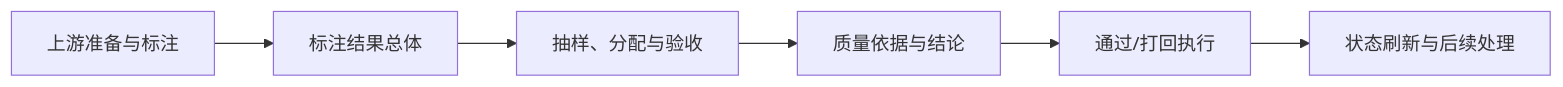
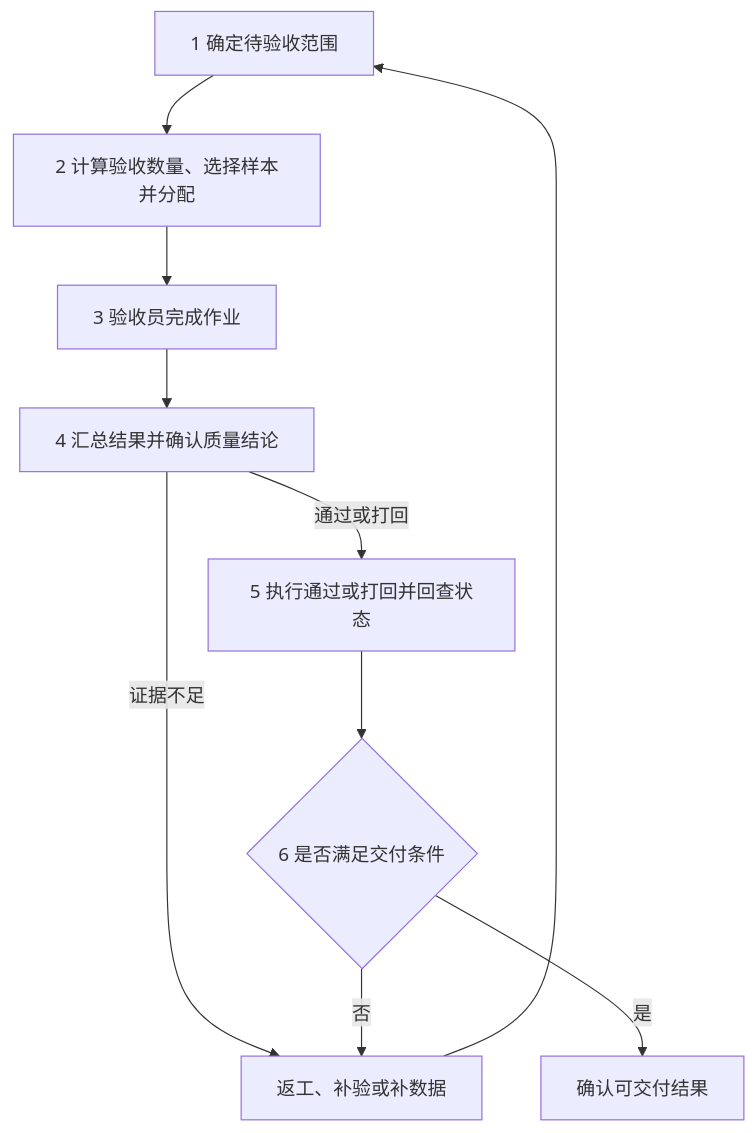
Before and after one commit to pokemonAndCodeMaster/omni-brain: the diagram in knowledge/domains/quality/manual/acceptance/overview.md, drawn with Mermaid. The commit also changed other lines of this file and 24 other files, not shown here.

````diff
--- a/knowledge/domains/quality/manual/acceptance/overview.md
+++ b/knowledge/domains/quality/manual/acceptance/overview.md
@@ -20,8 +41,19 @@
-```mermaid
-flowchart LR
-    P[上游准备与标注] --> R[标注结果总体]
-    R --> A[抽样、分配与验收]
-    A --> C[质量依据与结论]
-    C --> E[通过/打回执行]
-    E --> S[状态刷新与后续处理]
-```
+~~~mermaid
+flowchart TD
+    A[1 确定待验收范围]
+    B[2 计算验收数量、选择样本并分配]
+    C[3 验收员完成作业]
+    D[4 汇总结果并确认质量结论]
+    E[5 执行通过或打回并回查状态]
+    F{6 是否满足交付条件}
+    G[返工、补验或补数据]
+    H[确认可交付结果]
+
+    A --> B --> C --> D
+    D -->|证据不足| G
+    G --> A
+    D -->|通过或打回| E
+    E --> F
+    F -->|否| G
+    F -->|是| H
+~~~
````
